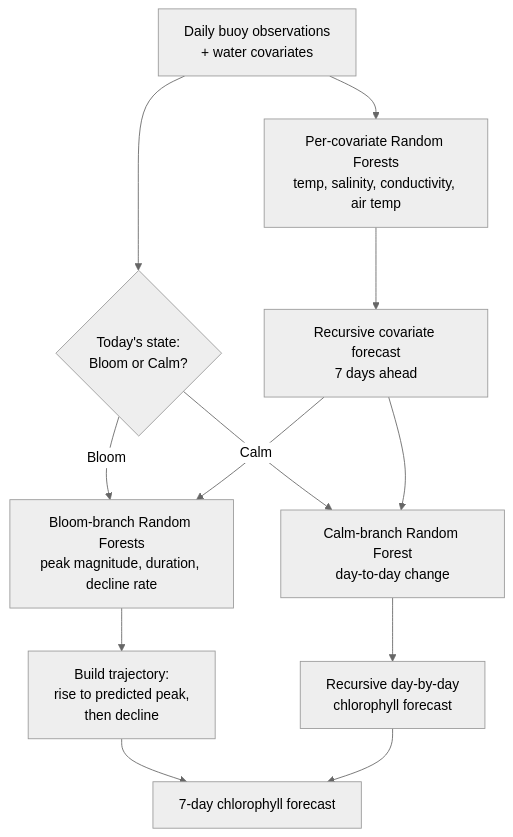
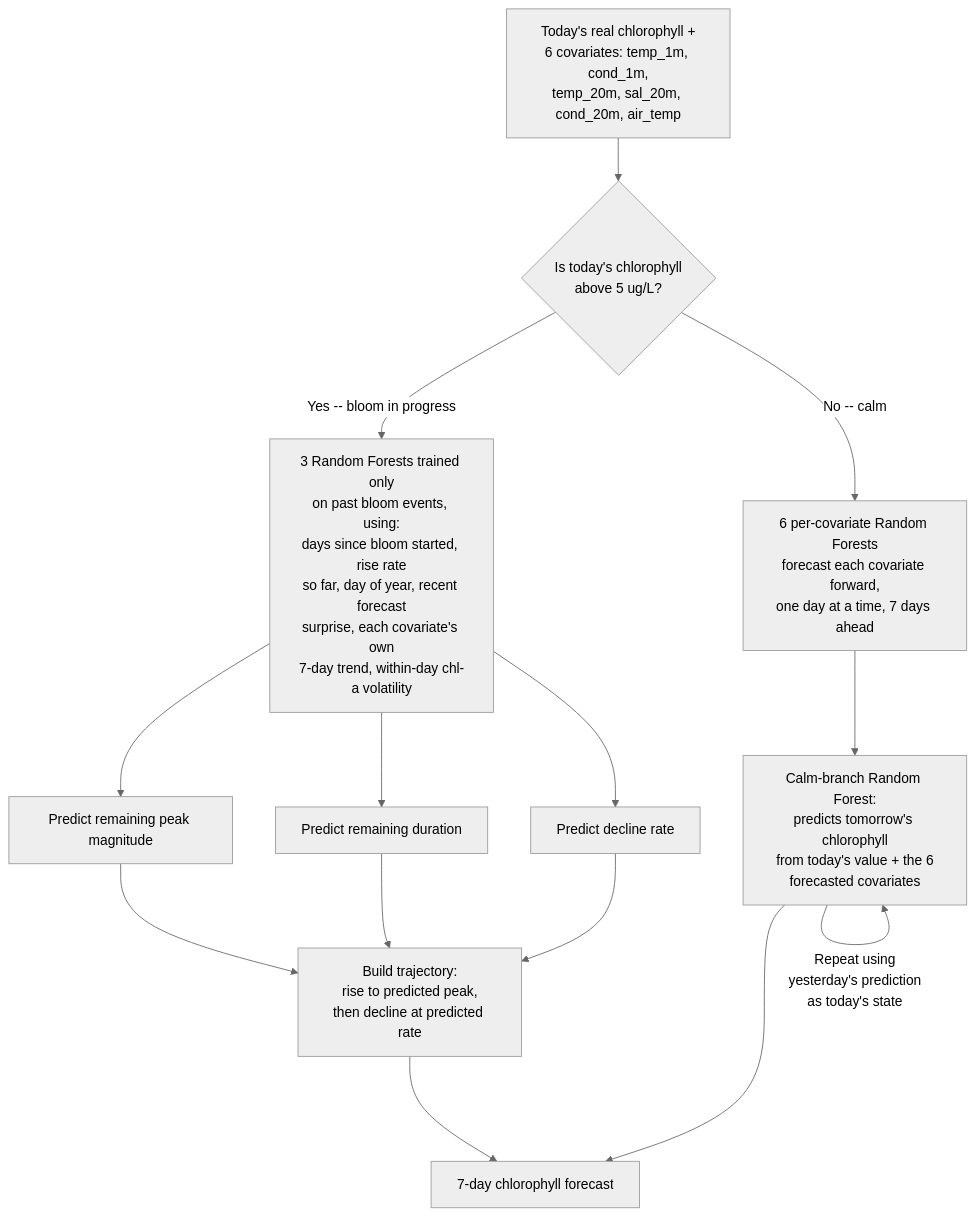
One commit to cami-webb/BloomBoard changed the diagram in dashboard/documentation.qmd. Above: the diagram before and after it, drawn with Mermaid (neutral theme). The commit also changed other lines of this file, not shown here.

Commit message:
Rewrite pipeline diagram as a followable Q&A flow, fix inaccuracy
Previous diagram used \n for line breaks, which Mermaid didn't
render, and incorrectly showed the covariate forecast feeding into
both branches -- the bloom model only ever uses today's and last
week's real covariate readings, never the forecasted rollout, since
it predicts the whole trajectory in one shot rather than day by day.
Restructured around an explicit yes/no bloom-threshold question and
named which covariates and features go where.

````diff
--- a/dashboard/documentation.qmd
+++ b/dashboard/documentation.qmd
@@ -7,18 +7,19 @@
 ```{mermaid}
 flowchart TD
-    A[Daily buoy observations\n+ water covariates] --> B{Today's state:\nBloom or Calm?}
-    A --> C[Per-covariate Random Forests\ntemp, salinity, conductivity, air temp]
-    C --> D[Recursive covariate forecast\n7 days ahead]
+    A[Today's real chlorophyll +<br/>6 covariates: temp_1m, cond_1m,<br/>temp_20m, sal_20m, cond_20m, air_temp]
+    A --> Q{Is today's chlorophyll<br/>above 5 ug/L?}
 
-    B -->|Bloom| E[Bloom-branch Random Forests\npeak magnitude, duration, decline rate]
-    B -->|Calm| F[Calm-branch Random Forest\nday-to-day change]
+    Q -->|Yes -- bloom in progress| BM[3 Random Forests trained only<br/>on past bloom events, using:<br/>days since bloom started, rise rate<br/>so far, day of year, recent forecast<br/>surprise, each covariate's own<br/>7-day trend, within-day chl-a volatility]
+    BM --> BM1[Predict remaining peak magnitude]
+    BM --> BM2[Predict remaining duration]
+    BM --> BM3[Predict decline rate]
+    BM1 --> TRAJ[Build trajectory:<br/>rise to predicted peak,<br/>then decline at predicted rate]
+    BM2 --> TRAJ
+    BM3 --> TRAJ
+    TRAJ --> OUT[7-day chlorophyll forecast]
 
-    D --> E
-    D --> F
-
-    E --> G[Build trajectory:\nrise to predicted peak,\nthen decline]
-    F --> H[Recursive day-by-day\nchlorophyll forecast]
-
-    G --> I[7-day chlorophyll forecast]
-    H --> I
+    Q -->|No -- calm| CFC[6 per-covariate Random Forests<br/>forecast each covariate forward,<br/>one day at a time, 7 days ahead]
+    CFC --> CM[Calm-branch Random Forest:<br/>predicts tomorrow's chlorophyll<br/>from today's value + the 6<br/>forecasted covariates]
+    CM -->|Repeat using<br/>yesterday's prediction<br/>as today's state| CM
+    CM --> OUT
 ```
````
